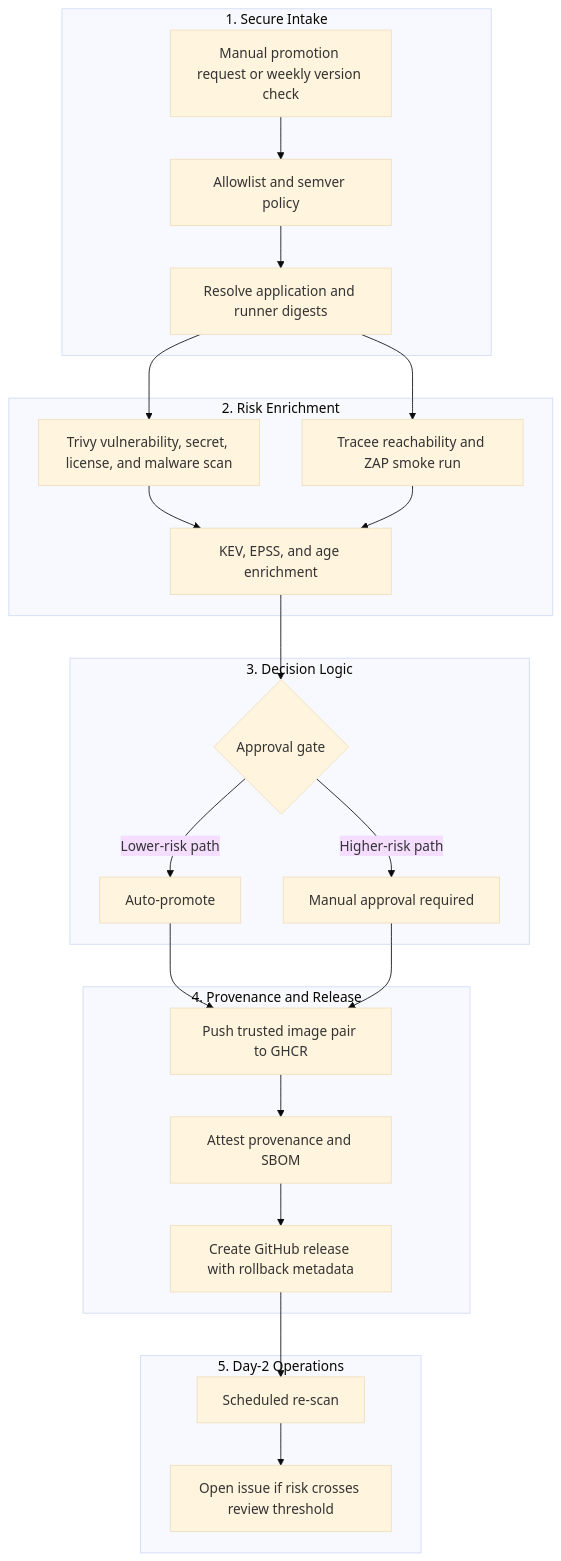
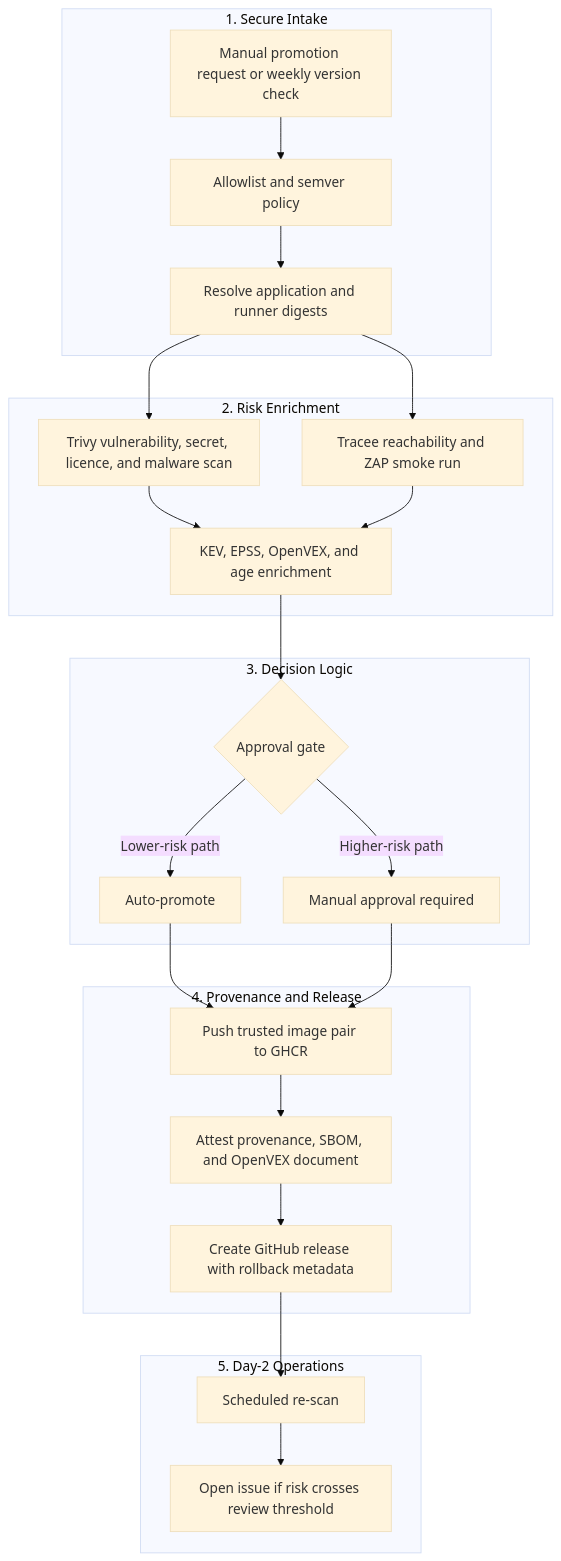
Before and after one commit to llody9977/artifactgate: the diagram in docs/architecture-and-trust.md, drawn with Mermaid (base theme). The commit also changed other lines of this file and 6 other files, not shown here.

Commit message:
fix: implement feedback (ZAP integration, OpenVEX docs, real exploit incidents, spelling normalization, disclaimers) (#34)

````diff
--- a/docs/architecture-and-trust.md
+++ b/docs/architecture-and-trust.md
@@ -49,32 +49,32 @@
 ```mermaid
 flowchart TD
     subgraph Intake["1. Secure Intake"]
         A["Manual promotion request or weekly version check"] --> B["Allowlist and semver policy"]
         B --> C["Resolve application and runner digests"]
     end
 
     subgraph Analysis["2. Risk Enrichment"]
-        C --> D["Trivy vulnerability, secret, license, and malware scan"]
+        C --> D["Trivy vulnerability, secret, licence, and malware scan"]
         C --> E["Tracee reachability and ZAP smoke run"]
-        D --> F["KEV, EPSS, and age enrichment"]
+        D --> F["KEV, EPSS, OpenVEX, and age enrichment"]
         E --> F
     end
 
     subgraph Gate["3. Decision Logic"]
         F --> G{"Approval gate"}
         G -->|Lower-risk path| H["Auto-promote"]
         G -->|Higher-risk path| I["Manual approval required"]
     end
 
     subgraph Trust["4. Provenance and Release"]
         H --> J["Push trusted image pair to GHCR"]
         I --> J
-        J --> K["Attest provenance and SBOM"]
+        J --> K["Attest provenance, SBOM, and OpenVEX document"]
         K --> L["Create GitHub release with rollback metadata"]
     end
 
     subgraph Monitor["5. Day-2 Operations"]
         L --> M["Scheduled re-scan"]
         M --> N["Open issue if risk crosses review threshold"]
     end
 ```
````
